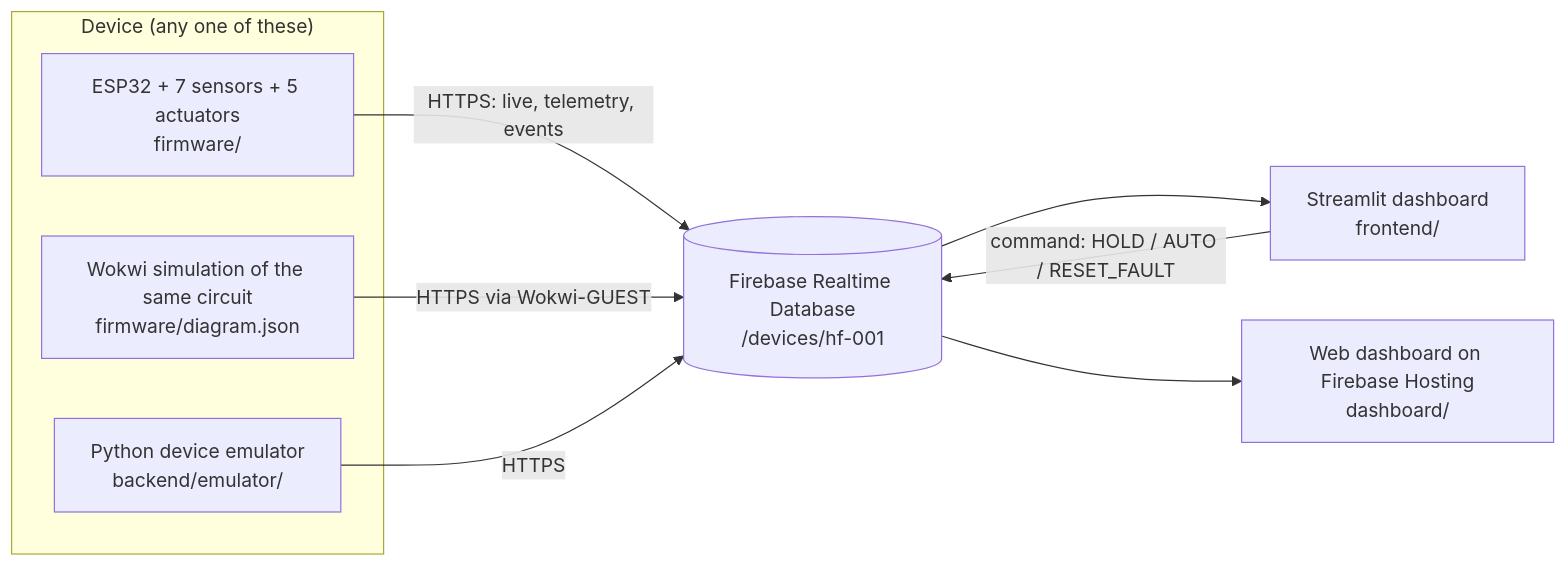
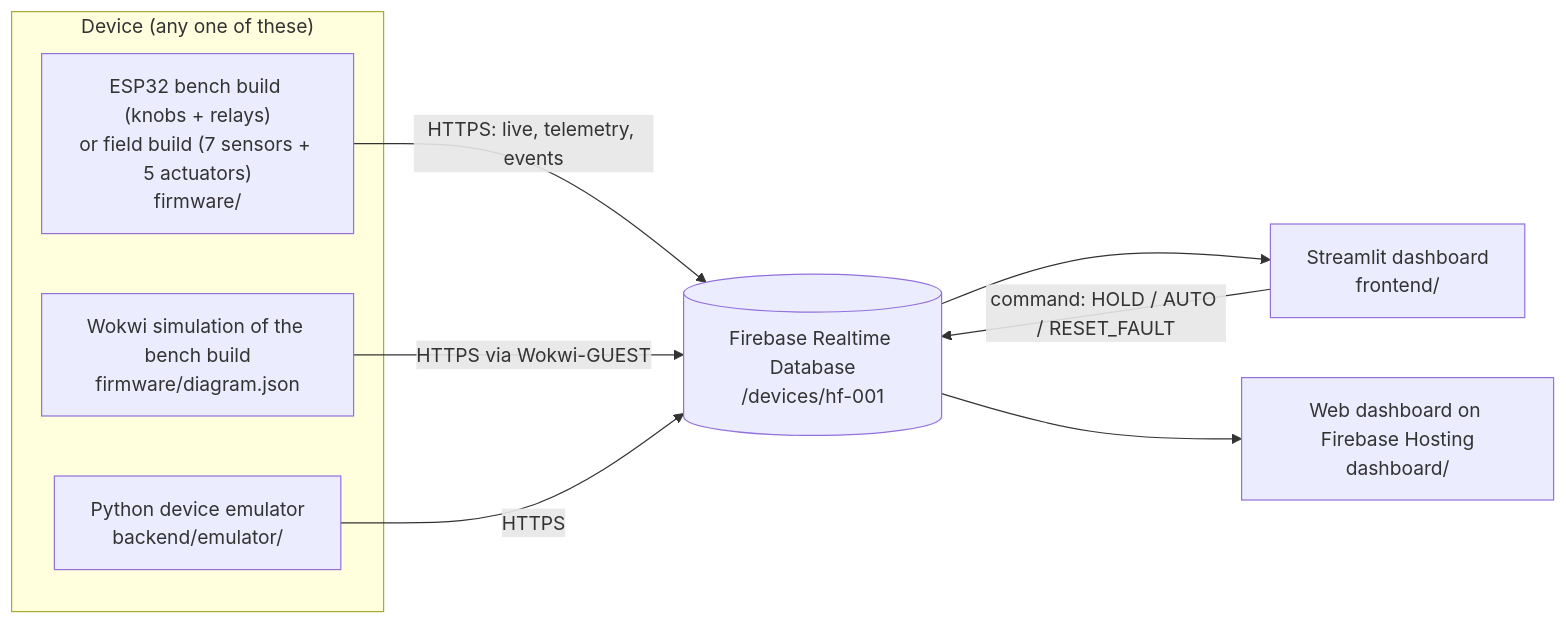
The diagram in README.md (sangeet0107-hash/hybrid-flow-), drawn with Mermaid before and after one commit. The commit also changed other lines of this file and 12 other files, not shown here.

First line of the commit message:
Add bench build: knobs stand in for the sensors

````diff
--- a/README.md
+++ b/README.md
@@ -7,17 +7,17 @@
 ```mermaid
 flowchart LR
   subgraph Device["Device (any one of these)"]
-    ESP["ESP32 + 7 sensors + 5 actuators<br/>firmware/"]
-    WOK["Wokwi simulation of the same circuit<br/>firmware/diagram.json"]
+    ESP["ESP32 bench build (knobs + relays)<br/>or field build (7 sensors + 5 actuators)<br/>firmware/"]
+    WOK["Wokwi simulation of the bench build<br/>firmware/diagram.json"]
     EMU["Python device emulator<br/>backend/emulator/"]
   end
   FB[("Firebase Realtime Database<br/>/devices/hf-001")]
   ST["Streamlit dashboard<br/>frontend/"]
   WEB["Web dashboard on Firebase Hosting<br/>dashboard/"]
   ESP -- "HTTPS: live, telemetry, events" --> FB
   WOK -- "HTTPS via Wokwi-GUEST" --> FB
   EMU -- HTTPS --> FB
   FB --> ST
   FB --> WEB
   ST -- "command: HOLD / AUTO / RESET_FAULT" --> FB
 ```
````
